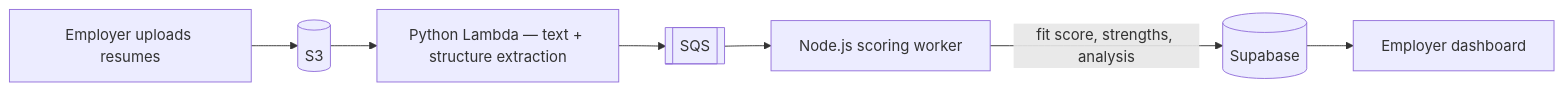
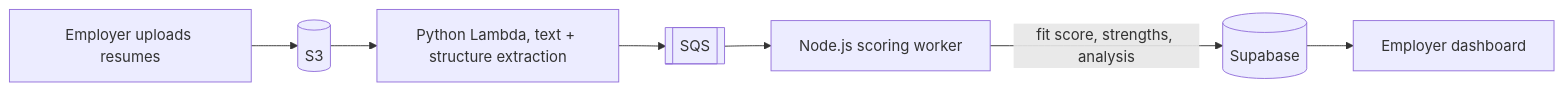
One commit to junaiid-khattak/portfolio-agent changed the first of 2 diagrams in content/case-studies/nayld-hire.mdx. Above: the diagram before and after it, drawn with Mermaid. The commit also changed other lines of this file and 25 other files, not shown here.

````diff
--- a/content/case-studies/nayld-hire.mdx
+++ b/content/case-studies/nayld-hire.mdx
@@ -20,9 +20,9 @@
 ```mermaid
 flowchart LR
   U[Employer uploads resumes] --> S3[(S3)]
-  S3 --> EX["Python Lambda — text + structure extraction"]
+  S3 --> EX["Python Lambda, text + structure extraction"]
   EX --> Q[[SQS]]
   Q --> WK[Node.js scoring worker]
   WK -->|"fit score, strengths, analysis"| DB[(Supabase)]
   DB --> UI[Employer dashboard]
 ```
````
